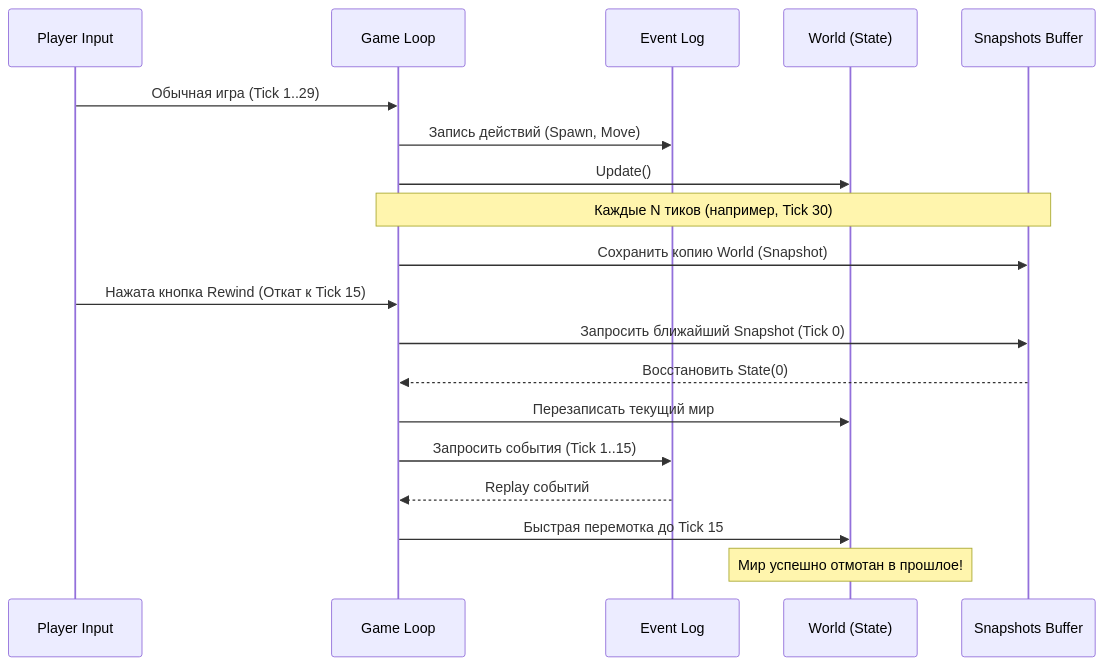
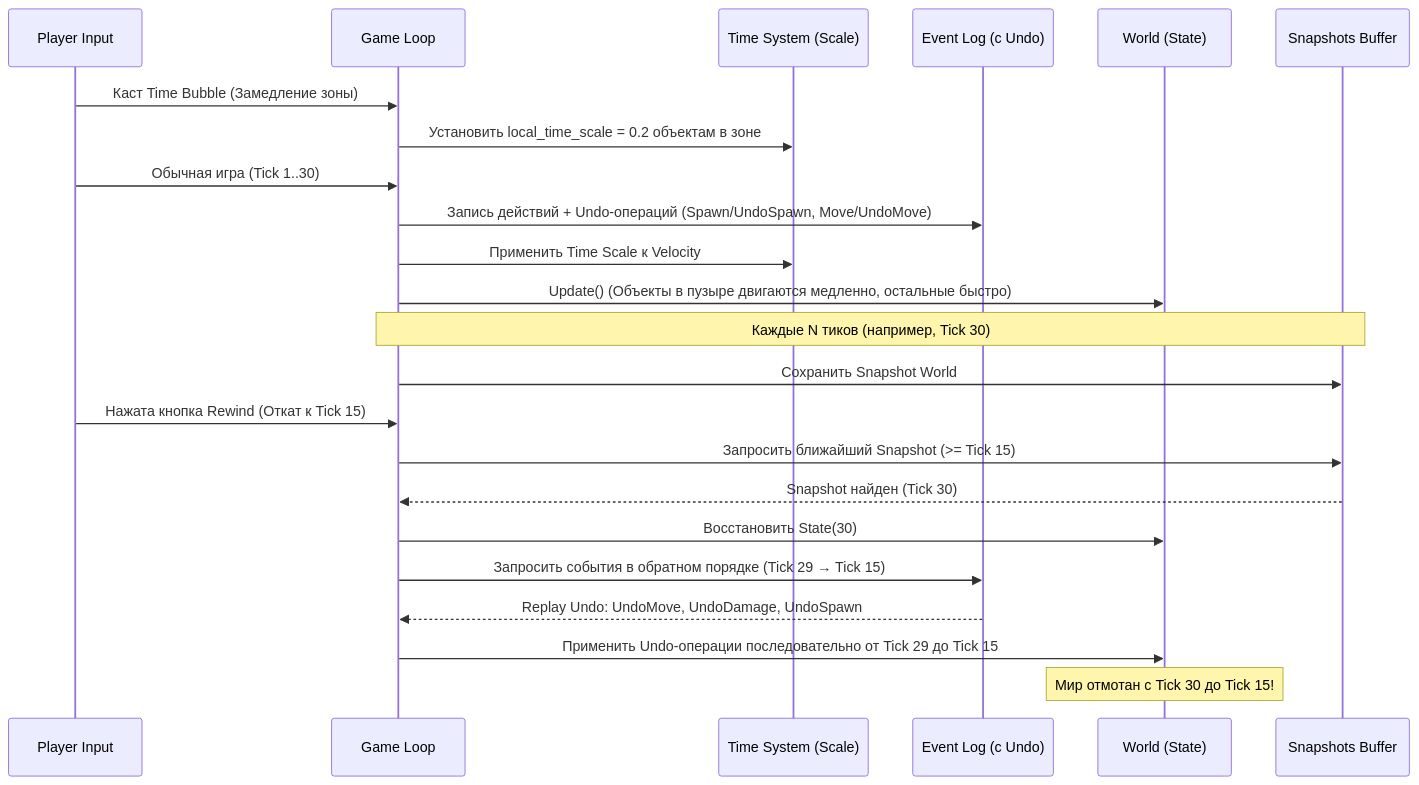
The fourth of 4 diagrams in PRESENTATION.md (DRAGONARU/mypythongame), drawn with Mermaid before and after one commit. The commit also changed other lines of this file and 1 other file, not shown here.

````diff
--- a/PRESENTATION.md
+++ b/PRESENTATION.md
@@ -212,25 +217,30 @@
 ```mermaid
 sequenceDiagram
     participant P as Player Input
     participant GL as Game Loop
-    participant EL as Event Log
+    participant TS as Time System (Scale)
+    participant EL as Event Log (с Undo)
     participant W as World (State)
     participant RB as Snapshots Buffer
 
-    P->>GL: Обычная игра (Tick 1..29)
-    GL->>EL: Запись действий (Spawn, Move)
-    GL->>W: Update()
+    P->>GL: Каст Time Bubble (Замедление зоны)
+    GL->>TS: Установить local_time_scale = 0.2 объектам в зоне
+    
+    P->>GL: Обычная игра (Tick 1..30)
+    GL->>EL: Запись действий + Undo-операций (Spawn/UndoSpawn, Move/UndoMove)
+    GL->>TS: Применить Time Scale к Velocity
+    GL->>W: Update() (Объекты в пузыре двигаются медленно, остальные быстро)
     
     Note over GL, RB: Каждые N тиков (например, Tick 30)
-    GL->>RB: Сохранить копию World (Snapshot)
+    GL->>RB: Сохранить Snapshot World
     
     P->>GL: Нажата кнопка Rewind (Откат к Tick 15)
-    GL->>RB: Запросить ближайший Snapshot (Tick 0)
-    RB-->>GL: Восстановить State(0)
-    GL->>W: Перезаписать текущий мир
+    GL->>RB: Запросить ближайший Snapshot (>= Tick 15)
+    RB-->>GL: Snapshot найден (Tick 30)
+    GL->>W: Восстановить State(30)
     
-    GL->>EL: Запросить события (Tick 1..15)
-    EL-->>GL: Replay событий
-    GL->>W: Быстрая перемотка до Tick 15
-    Note over W: Мир успешно отмотан в прошлое!
+    GL->>EL: Запросить события в обратном порядке (Tick 29 → Tick 15)
+    EL-->>GL: Replay Undo: UndoMove, UndoDamage, UndoSpawn
+    GL->>W: Применить Undo-операции последовательно от Tick 29 до Tick 15
+    Note over W: Мир отмотан с Tick 30 до Tick 15!
 ```
````
